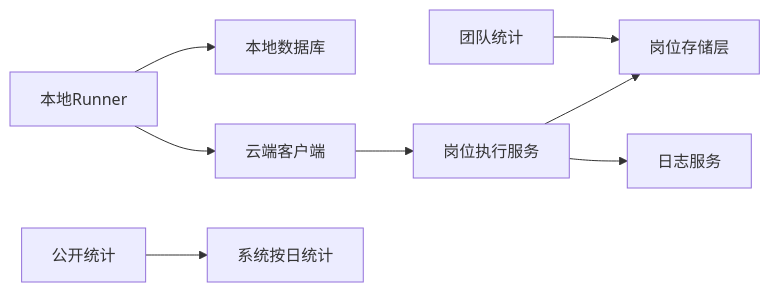
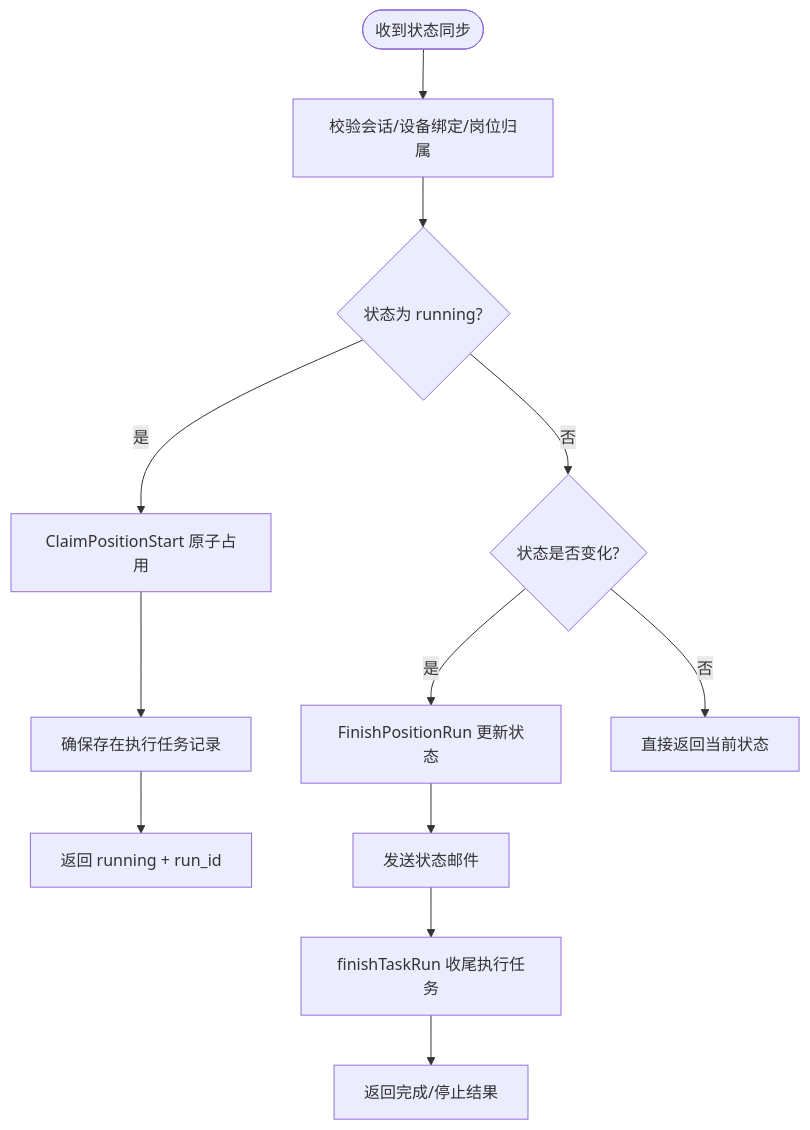
One commit to alvinwangzi/goodhr changed the third of 4 diagrams in .qoder/repowiki/zh/content/云端后端服务/候选人处理系统/候选人数据摄入/岗位统计同步.md. Above: the diagram before and after it, drawn with Mermaid. The commit also changed other lines of this file and 149 other files, not shown here.

````diff
--- a/.qoder/repowiki/zh/content/云端后端服务/候选人处理系统/候选人数据摄入/岗位统计同步.md
+++ b/.qoder/repowiki/zh/content/云端后端服务/候选人处理系统/候选人数据摄入/岗位统计同步.md
@@ -220,10 +154,14 @@
 ```mermaid
-graph LR
-Runner["本地Runner"] --> LocalDB["本地数据库"]
-Runner --> CloudClient["云端客户端"]
-CloudClient --> ExecSvc["岗位执行服务"]
-ExecSvc --> PosStore["岗位存储层"]
-ExecSvc --> LogSvc["日志服务"]
-TeamStats["团队统计"] --> PosStore
-PublicStats["公开统计"] --> DailyStats["系统按日统计"]
+flowchart TD
+Start(["收到状态同步"]) --> Validate["校验会话/设备绑定/岗位归属"]
+Validate --> CheckStatus{"状态为 running?"}
+CheckStatus --> |是| Claim["ClaimPositionStart 原子占用"]
+Claim --> EnsureRun["确保存在执行任务记录"]
+EnsureRun --> ReturnRunning["返回 running + run_id"]
+CheckStatus --> |否| ChangeCheck{"状态是否变化?"}
+ChangeCheck --> |是| UpdateState["FinishPositionRun 更新状态"]
+UpdateState --> Notify["发送状态邮件"]
+Notify --> FinishRun["finishTaskRun 收尾执行任务"]
+FinishRun --> ReturnDone["返回完成/停止结果"]
+ChangeCheck --> |否| ReturnNoop["直接返回当前状态"]
 ```
````
